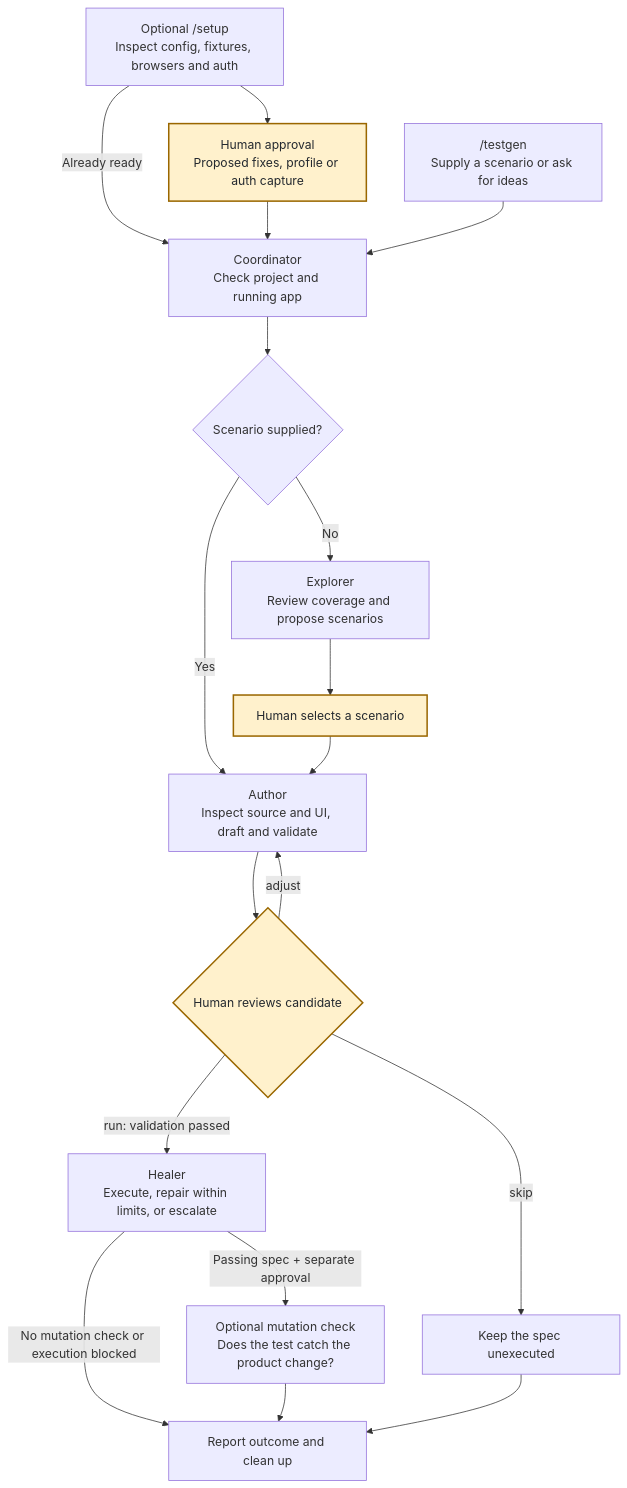
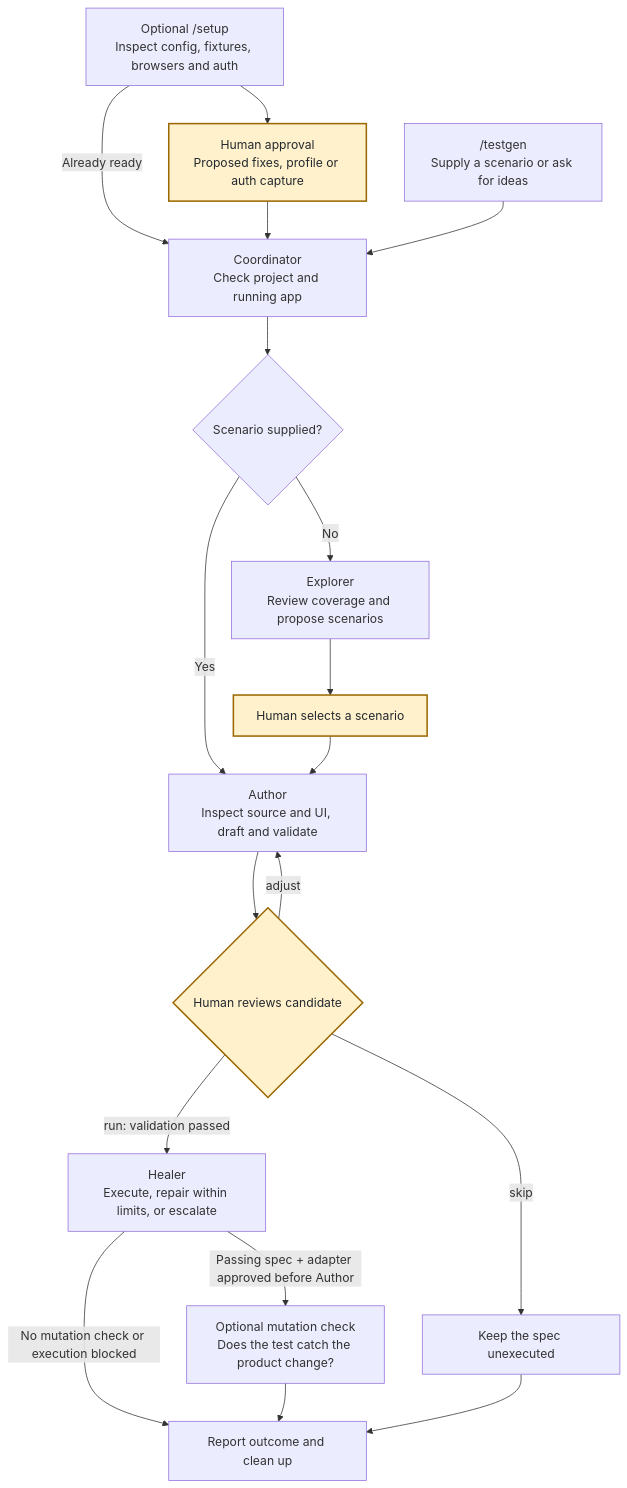
Before and after one commit to isikmert1/playwright-testgen: the diagram in README.md, drawn with Mermaid. The commit also changed 17 other files, not shown here.

````diff
--- a/README.md
+++ b/README.md
@@ -167,24 +167,24 @@
 ```mermaid
 flowchart TD
     Setup["Optional /setup<br/>Inspect config, fixtures, browsers and auth"]
     Setup -->|Already ready| Ready
     Setup --> SetupApproval["Human approval<br/>Proposed fixes, profile or auth capture"]
     SetupApproval --> Ready["Coordinator<br/>Check project and running app"]
     Start["/testgen<br/>Supply a scenario or ask for ideas"] --> Ready
     Ready --> Intent{Scenario supplied?}
     Intent -->|Yes| Author["Author<br/>Inspect source and UI, draft and validate"]
     Intent -->|No| Explorer["Explorer<br/>Review coverage and propose scenarios"]
     Explorer --> Select[Human selects a scenario]
     Select --> Author
     Author --> Review{Human reviews candidate}
     Review -->|adjust| Author
     Review -->|skip| Unverified[Keep the spec unexecuted]
     Review -->|run: validation passed| Healer["Healer<br/>Execute, repair within limits, or escalate"]
-    Healer -->|Passing spec + separate approval| Mutation["Optional mutation check<br/>Does the test catch the product change?"]
+    Healer -->|Passing spec + adapter approved before Author| Mutation["Optional mutation check<br/>Does the test catch the product change?"]
     Healer -->|No mutation check or execution blocked| Report[Report outcome and clean up]
     Mutation --> Report
     Unverified --> Report
 
     classDef human fill:#fff1cc,stroke:#9a6700,color:#24292f,stroke-width:2px
     class SetupApproval,Select,Review human
 ```
````
